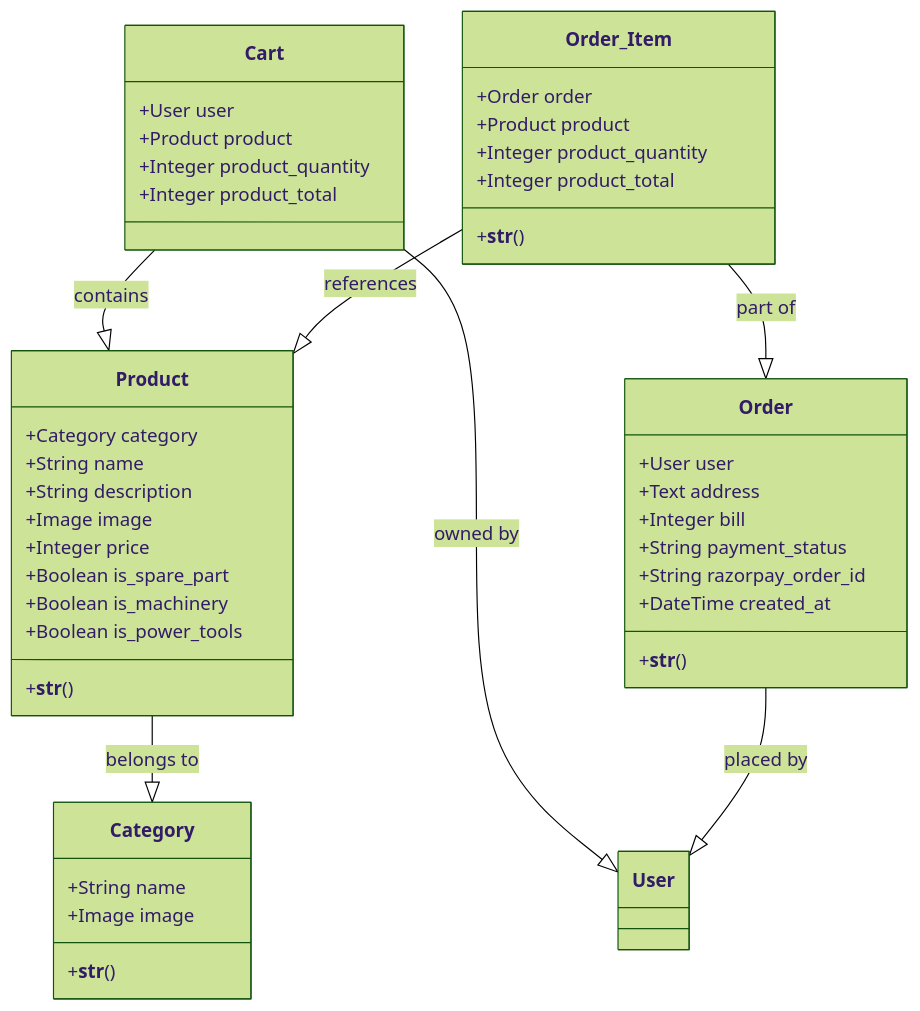
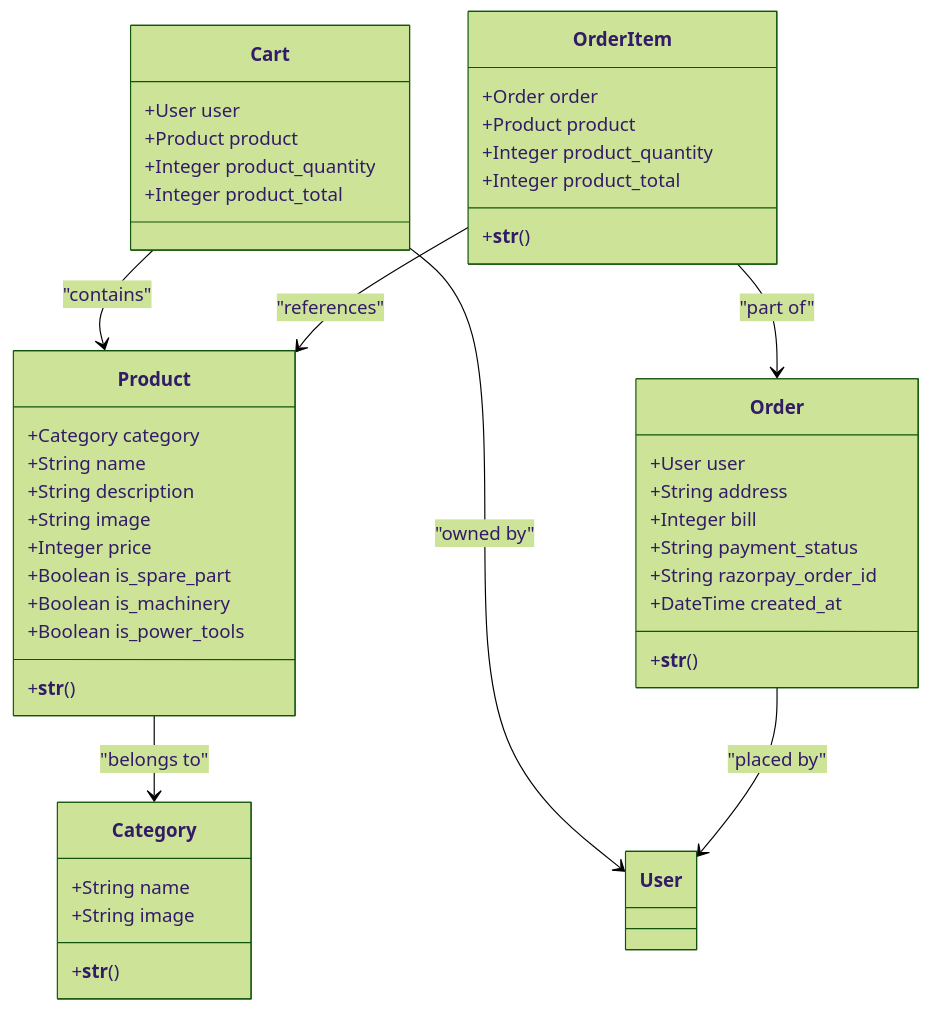
Before and after one commit to mustansir-mota-ghar-wala/BURHANI-Hardware-Machinery: the second of 3 diagrams in BURHANI/Project_Report_Material.md, drawn with Mermaid (forest theme). The commit also changed other lines of this file, not shown here.

Commit message:
diagram visiblity resolved

````diff
--- a/BURHANI/Project_Report_Material.md
+++ b/BURHANI/Project_Report_Material.md
@@ -126,47 +126,47 @@
 ```mermaid
 classDiagram
     class Category {
         +String name
-        +Image image
+        +String image
         +__str__()
     }
     class Product {
         +Category category
         +String name
         +String description
-        +Image image
+        +String image
         +Integer price
         +Boolean is_spare_part
         +Boolean is_machinery
         +Boolean is_power_tools
         +__str__()
     }
     class Cart {
         +User user
         +Product product
         +Integer product_quantity
         +Integer product_total
     }
     class Order {
         +User user
-        +Text address
+        +String address
         +Integer bill
         +String payment_status
         +String razorpay_order_id
         +DateTime created_at
         +__str__()
     }
-    class Order_Item {
+    class OrderItem {
         +Order order
         +Product product
         +Integer product_quantity
         +Integer product_total
         +__str__()
     }
-    Product --|> Category : belongs to
-    Cart --|> Product : contains
-    Cart --|> User : owned by
-    Order --|> User : placed by
-    Order_Item --|> Order : part of
-    Order_Item --|> Product : references
+    Product --> Category : "belongs to"
+    Cart --> Product : "contains"
+    Cart --> User : "owned by"
+    Order --> User : "placed by"
+    OrderItem --> Order : "part of"
+    OrderItem --> Product : "references"
 ```
````
